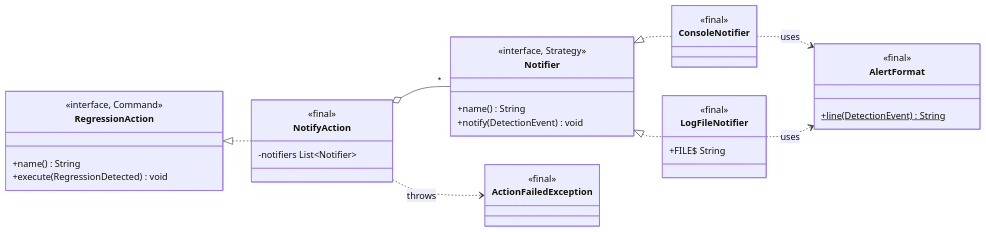
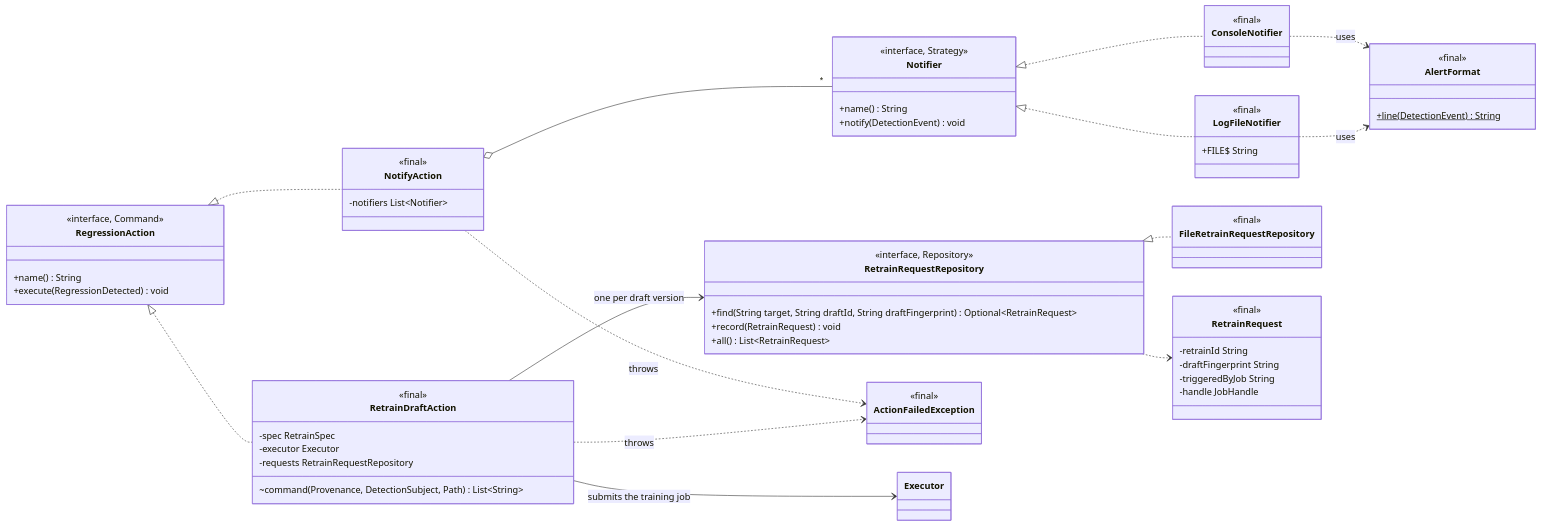
Diagram 15 of 15 in docs/uml/class-diagram.md (ritikmahy5/draftwatch), drawn with Mermaid before and after one commit. The commit also changed other lines of this file and 3 other files, not shown here.

Commit message:
docs: update spec, architecture, UML, and README for retrain_draft

````diff
--- a/docs/uml/class-diagram.md
+++ b/docs/uml/class-diagram.md
@@ -1420,37 +1433,64 @@
 ```mermaid
 classDiagram
   direction LR
 
   class Notifier {
     <<interface, Strategy>>
     +name() String
     +notify(DetectionEvent) void
   }
   class ConsoleNotifier { <<final>> }
   class LogFileNotifier {
     <<final>>
     +FILE$ String
   }
   class AlertFormat {
     <<final>>
     +line(DetectionEvent)$ String
   }
   class RegressionAction {
     <<interface, Command>>
     +name() String
     +execute(RegressionDetected) void
   }
   class NotifyAction {
     <<final>>
     -notifiers List~Notifier~
   }
+  class RetrainDraftAction {
+    <<final>>
+    -spec RetrainSpec
+    -executor Executor
+    -requests RetrainRequestRepository
+    ~command(Provenance, DetectionSubject, Path) List~String~
+  }
+  class RetrainRequestRepository {
+    <<interface, Repository>>
+    +find(String target, String draftId, String draftFingerprint) Optional~RetrainRequest~
+    +record(RetrainRequest) void
+    +all() List~RetrainRequest~
+  }
+  class FileRetrainRequestRepository { <<final>> }
+  class RetrainRequest {
+    <<final>>
+    -retrainId String
+    -draftFingerprint String
+    -triggeredByJob String
+    -handle JobHandle
+  }
   class ActionFailedException { <<final>> }
 
   Notifier <|.. ConsoleNotifier
   Notifier <|.. LogFileNotifier
   ConsoleNotifier ..> AlertFormat : uses
   LogFileNotifier ..> AlertFormat : uses
   RegressionAction <|.. NotifyAction
   NotifyAction o-- "*" Notifier
   NotifyAction ..> ActionFailedException : throws
+  RegressionAction <|.. RetrainDraftAction
+  RetrainDraftAction --> Executor : submits the training job
+  RetrainDraftAction --> RetrainRequestRepository : one per draft version
+  RetrainDraftAction ..> ActionFailedException : throws
+  RetrainRequestRepository <|.. FileRetrainRequestRepository
+  RetrainRequestRepository ..> RetrainRequest
 ```
````
